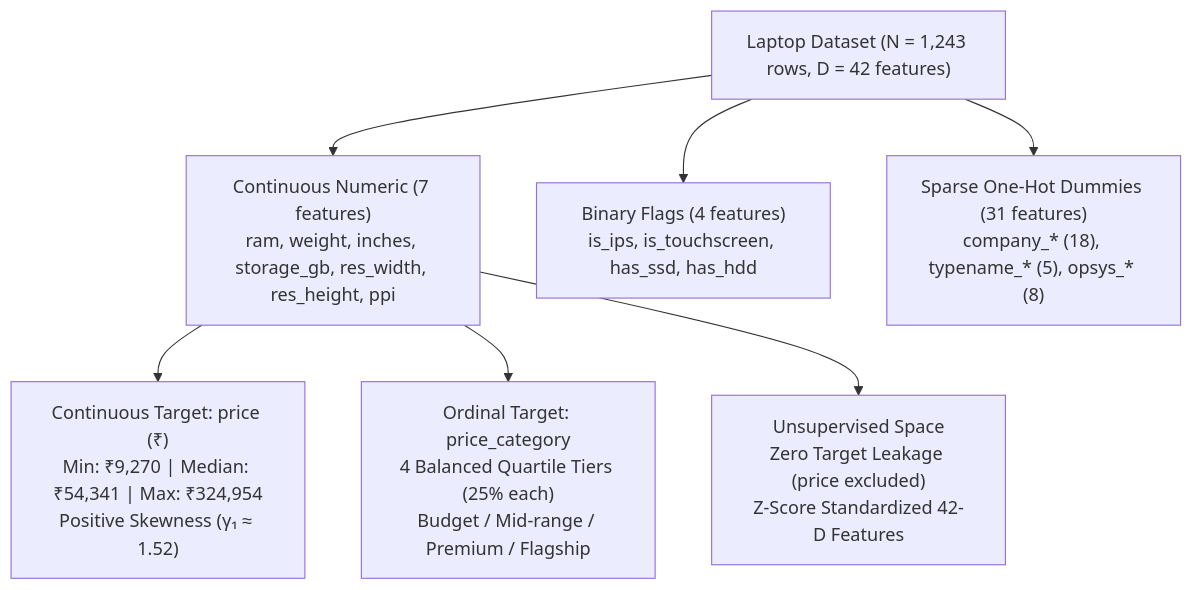
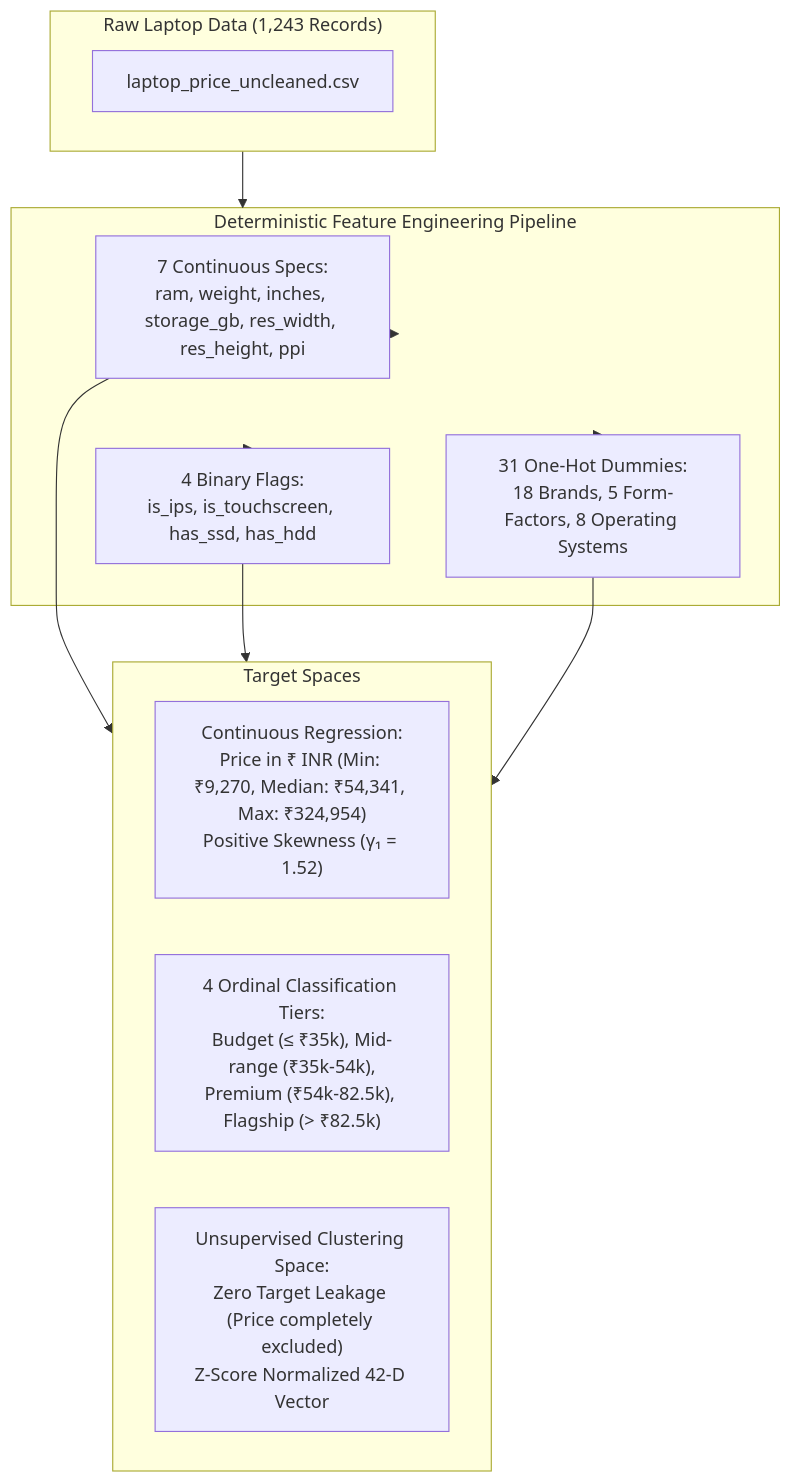
The first of 2 diagrams in docs/algorithm_analysis.md (BIJJUDAMA/Lapytics), drawn with Mermaid before and after one commit. The commit also changed other lines of this file, not shown here.

````diff
--- a/docs/algorithm_analysis.md
+++ b/docs/algorithm_analysis.md
@@ -24,11 +21,23 @@
 ```mermaid
 graph TD
-    Dataset["Laptop Dataset (N = 1,243 rows, D = 42 features)"]
-    Dataset --> Continuous["Continuous Numeric (7 features)<br/>ram, weight, inches, storage_gb, res_width, res_height, ppi"]
-    Dataset --> Binary["Binary Flags (4 features)<br/>is_ips, is_touchscreen, has_ssd, has_hdd"]
-    Dataset --> Sparse["Sparse One-Hot Dummies (31 features)<br/>company_* (18), typename_* (5), opsys_* (8)"]
-    
-    Continuous --> Reg["Continuous Target: price (₹)<br/>Min: ₹9,270 | Median: ₹54,341 | Max: ₹324,954<br/>Positive Skewness (γ₁ ≈ 1.52)"]
-    Continuous --> Clf["Ordinal Target: price_category<br/>4 Balanced Quartile Tiers (25% each)<br/>Budget / Mid-range / Premium / Flagship"]
-    Continuous --> Clust["Unsupervised Space<br/>Zero Target Leakage (price excluded)<br/>Z-Score Standardized 42-D Features"]
+    subgraph RawData["Raw Laptop Data (1,243 Records)"]
+        Raw["laptop_price_uncleaned.csv"]
+    end
+    subgraph Preprocessing["Deterministic Feature Engineering Pipeline"]
+        Num["7 Continuous Specs:<br/>ram, weight, inches, storage_gb, res_width, res_height, ppi"]
+        Bin["4 Binary Flags:<br/>is_ips, is_touchscreen, has_ssd, has_hdd"]
+        Cat["31 One-Hot Dummies:<br/>18 Brands, 5 Form-Factors, 8 Operating Systems"]
+    end
+    subgraph Targets["Target Spaces"]
+        T_Reg["Continuous Regression:<br/>Price in ₹ INR (Min: ₹9,270, Median: ₹54,341, Max: ₹324,954)<br/>Positive Skewness (γ₁ = 1.52)"]
+        T_Clf["4 Ordinal Classification Tiers:<br/>Budget (≤ ₹35k), Mid-range (₹35k-54k),<br/>Premium (₹54k-82.5k), Flagship (> ₹82.5k)"]
+        T_Clu["Unsupervised Clustering Space:<br/>Zero Target Leakage (Price completely excluded)<br/>Z-Score Normalized 42-D Vector"]
+    end
+    RawData --> Preprocessing
+    Preprocessing --> Num
+    Preprocessing --> Bin
+    Preprocessing --> Cat
+    Num --> Targets
+    Bin --> Targets
+    Cat --> Targets
 ```
````
